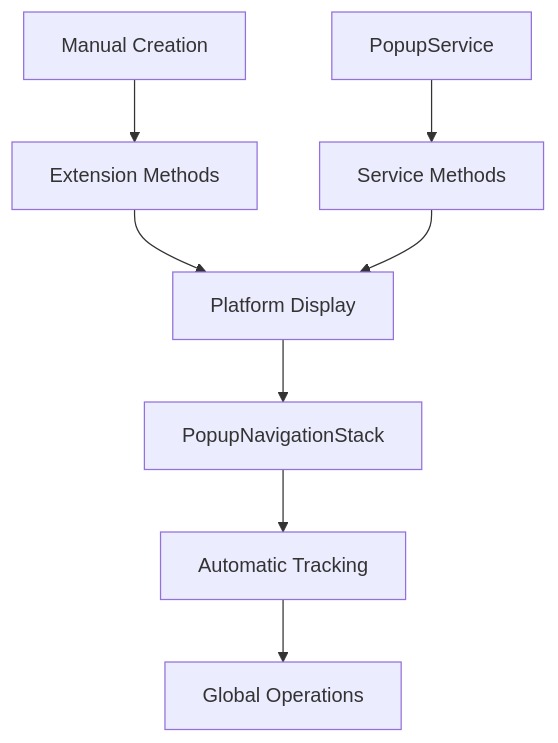
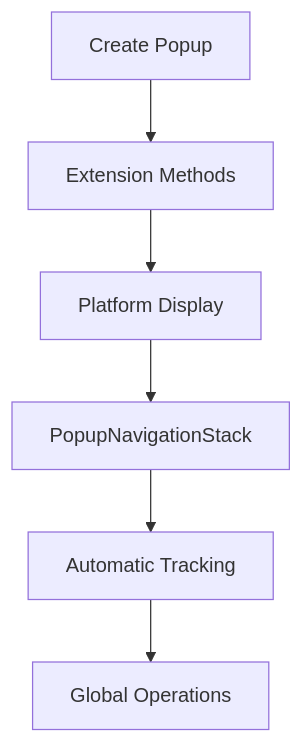
Before and after one commit to taublast/FastPopups: the diagram in README.md, drawn with Mermaid. The commit also changed other lines of this file and 6 other files, not shown here.

````diff
--- a/README.md
+++ b/README.md
@@ -159,10 +187,8 @@
 ```mermaid
 graph TD
-    A[Manual Creation] --> D[Extension Methods]
-    B[PopupService] --> E[Service Methods]
-    D --> F[Platform Display]
-    E --> F
-    F --> G[PopupNavigationStack]
-    G --> H[Automatic Tracking]
-    H --> I[Global Operations]
+    A[Create Popup] --> B[Extension Methods]
+    B --> C[Platform Display]
+    C --> D[PopupNavigationStack]
+    D --> E[Automatic Tracking]
+    E --> F[Global Operations]
 ```
````
